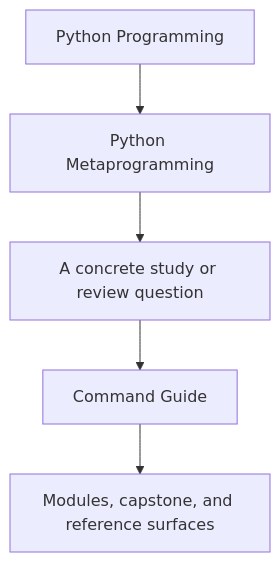
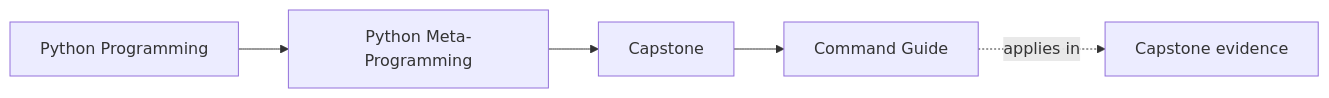
One commit to bijux/bijux-masterclass changed the first of 2 diagrams in programs/python-programming/python-meta-programming/course-book/capstone/command-guide.md. Above: the diagram before and after it, drawn with Mermaid. The commit also changed other lines of this file and 91 other files, not shown here.

Commit message:
docs(python-meta-programming): map advanced runtime and capstone surfaces

````diff
--- a/programs/python-programming/python-meta-programming/course-book/capstone/command-guide.md
+++ b/programs/python-programming/python-meta-programming/course-book/capstone/command-guide.md
@@ -6,7 +6,11 @@
 ```mermaid
-flowchart TD
-  family["Python Programming"] --> program["Python Metaprogramming"]
-  program --> pressure["A concrete study or review question"]
-  pressure --> guide["Command Guide"]
-  guide --> next["Modules, capstone, and reference surfaces"]
+graph LR
+  family["Python Programming"]
+  program["Python Meta-Programming"]
+  section["Capstone"]
+  page["Command Guide"]
+  capstone["Capstone evidence"]
+
+  family --> program --> section --> page
+  page -.applies in.-> capstone
 ```
````
